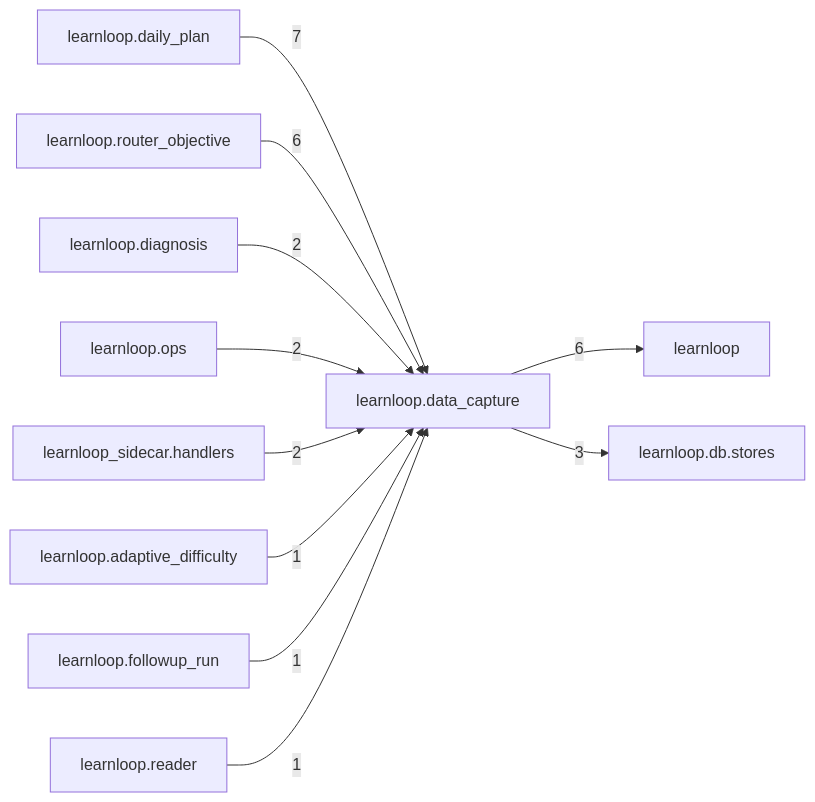
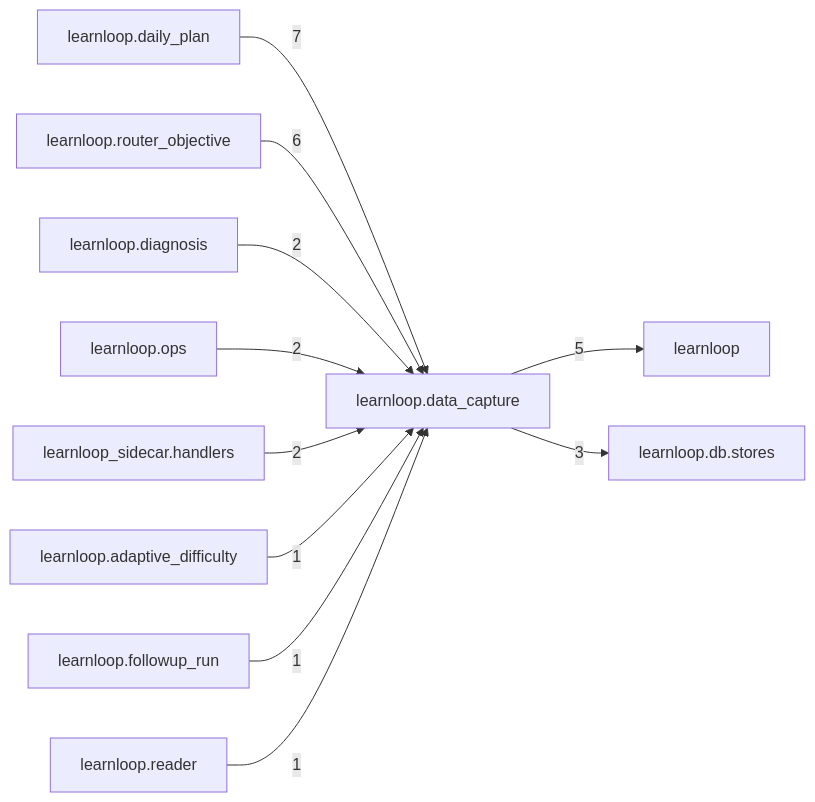
Before and after one commit to 6up-b/learnanything: the diagram in docs/learnloop-architecture-vault/Reference/Modules/learnloop/data_capture/_package.md, drawn with Mermaid. The commit also changed other lines of this file and 88 other files, not shown here.

````diff
--- a/docs/learnloop-architecture-vault/Reference/Modules/learnloop/data_capture/_package.md
+++ b/docs/learnloop-architecture-vault/Reference/Modules/learnloop/data_capture/_package.md
@@ -82,24 +82,24 @@
 ```mermaid
 flowchart LR
     center["learnloop.data_capture"]
     n_learnloop_daily_plan["learnloop.daily_plan"]
+    n_learnloop_router_objective["learnloop.router_objective"]
     n_learnloop["learnloop"]
-    n_learnloop_router_objective["learnloop.router_objective"]
     n_learnloop_db_stores["learnloop.db.stores"]
     n_learnloop_diagnosis["learnloop.diagnosis"]
     n_learnloop_ops["learnloop.ops"]
     n_learnloop_sidecar_handlers["learnloop_sidecar.handlers"]
     n_learnloop_adaptive_difficulty["learnloop.adaptive_difficulty"]
     n_learnloop_followup_run["learnloop.followup_run"]
     n_learnloop_reader["learnloop.reader"]
     n_learnloop_daily_plan -->|7| center
-    center -->|6| n_learnloop
     n_learnloop_router_objective -->|6| center
+    center -->|5| n_learnloop
     center -->|3| n_learnloop_db_stores
     n_learnloop_diagnosis -->|2| center
     n_learnloop_ops -->|2| center
     n_learnloop_sidecar_handlers -->|2| center
     n_learnloop_adaptive_difficulty -->|1| center
     n_learnloop_followup_run -->|1| center
     n_learnloop_reader -->|1| center
 ```
````
